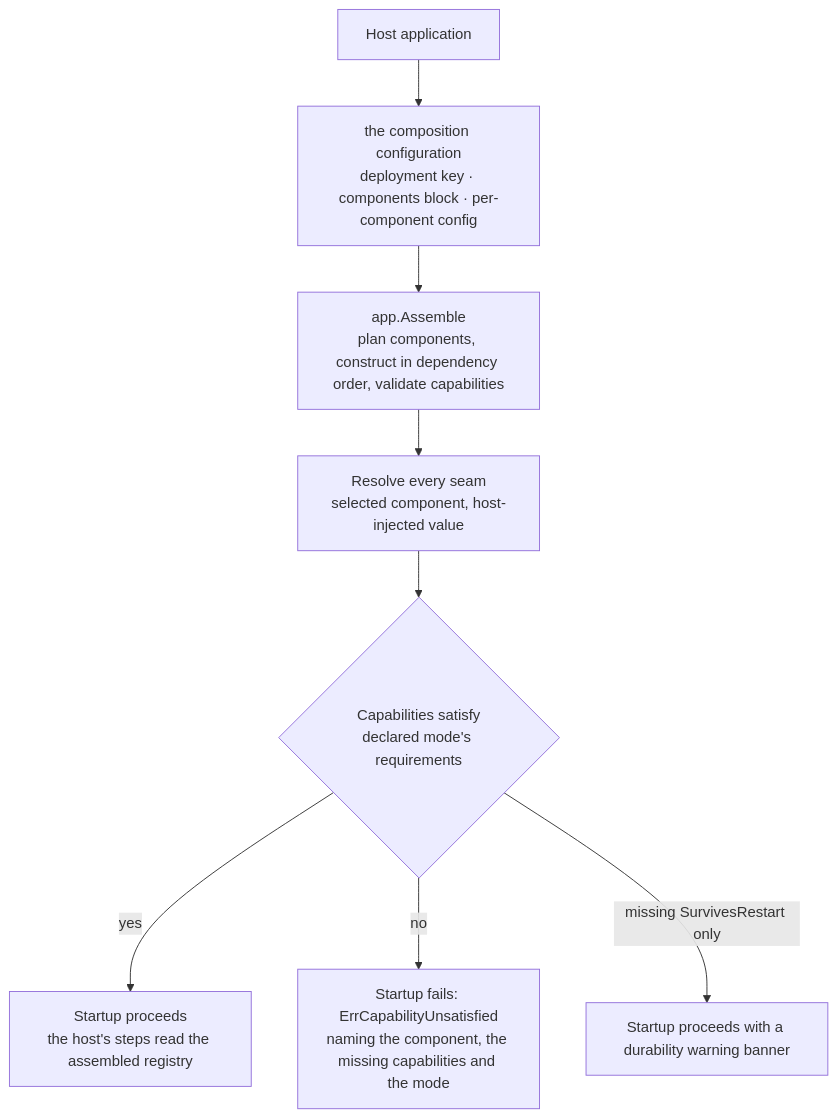
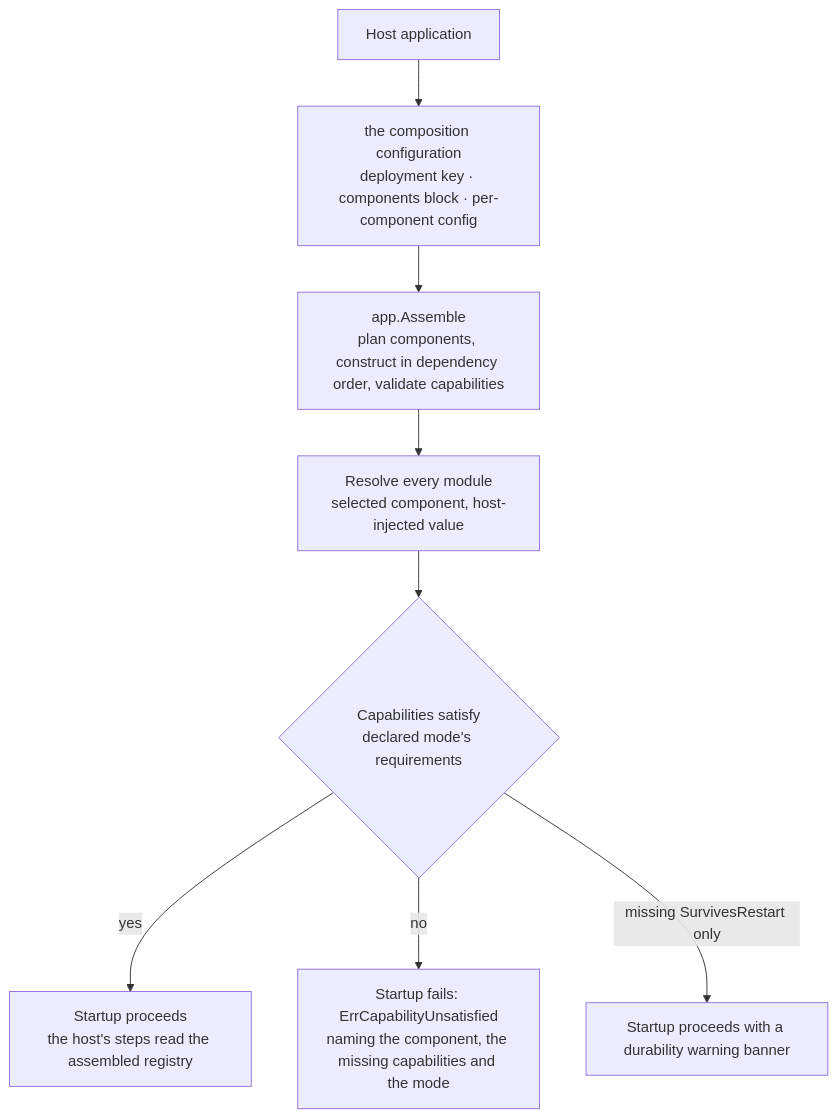
One commit to vislake/speed changed the diagram in docs/site/content.en/docs/developer-docs/modules/core/pkgcore.md. Above: the diagram before and after it, drawn with Mermaid. The commit also changed other lines of this file and 71 other files, not shown here.

First line of the commit message:
docs(site): rewrite the English seam wording as module/component

````diff
--- a/docs/site/content.en/docs/developer-docs/modules/core/pkgcore.md
+++ b/docs/site/content.en/docs/developer-docs/modules/core/pkgcore.md
@@ -130,10 +130,10 @@
 ```mermaid
 flowchart TD
     Host[Host application] --> Opts["the composition configuration<br/>deployment key · components block · per-component config"]
     Opts --> Boot[app.Assemble<br/>plan components, construct in dependency order, validate capabilities]
-    Boot --> Resolve["Resolve every seam<br/>selected component, host-injected value"]
+    Boot --> Resolve["Resolve every module<br/>selected component, host-injected value"]
     Resolve --> Check{"Capabilities satisfy<br/>declared mode's requirements"}
     Check -->|yes| Run[Startup proceeds<br/>the host's steps read the assembled registry]
     Check -->|no| Fail["Startup fails: ErrCapabilityUnsatisfied<br/>naming the component, the missing capabilities and the mode"]
     Check -->|"missing SurvivesRestart only"| Banner[Startup proceeds with a durability warning banner]
 ```
````
